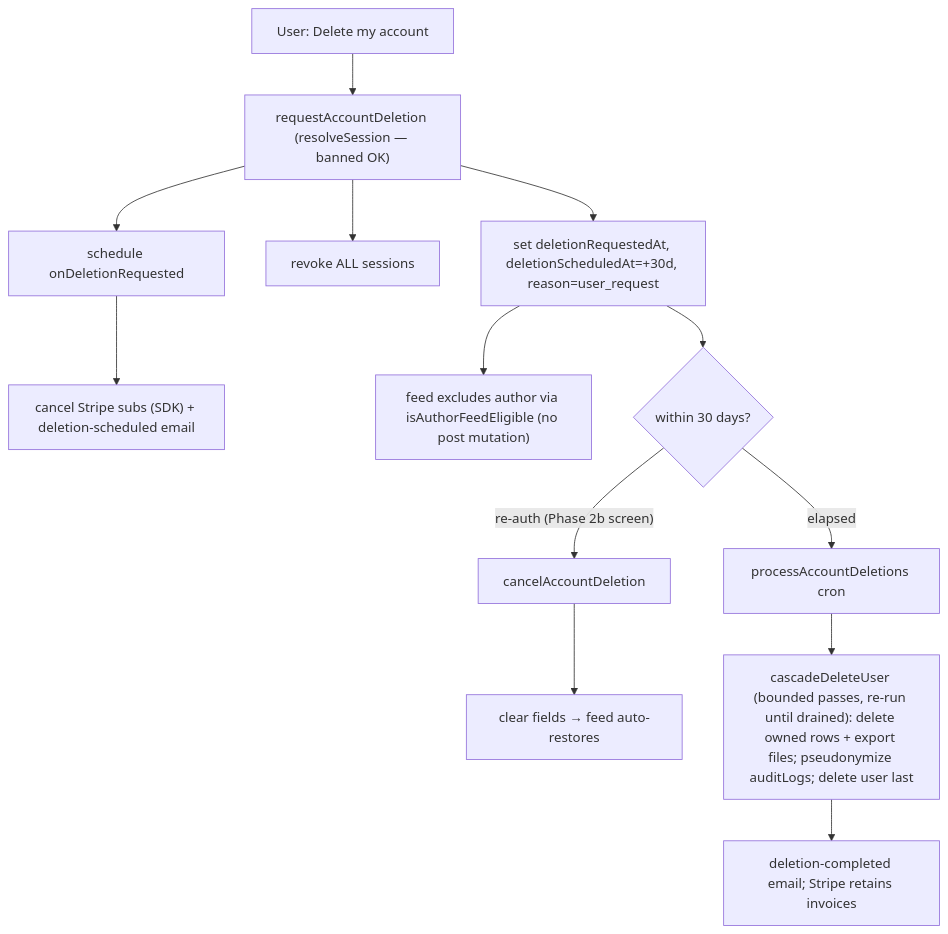
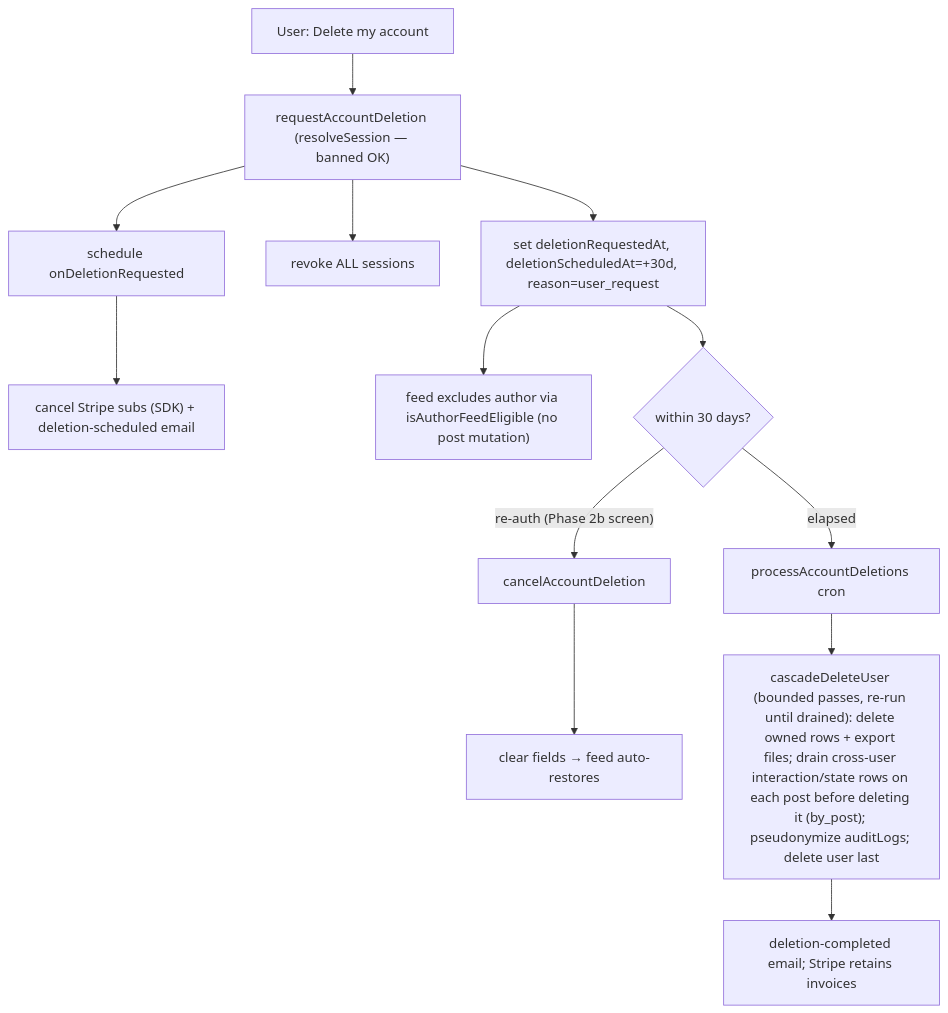
Before and after one commit to henriko202/glowing-octo-guide: diagram 17 of 22 in docs/PLATFORM.md, drawn with Mermaid. The commit also changed other lines of this file and 48 other files, not shown here.

````diff
--- a/docs/PLATFORM.md
+++ b/docs/PLATFORM.md
@@ -2037,15 +2074,15 @@
 ```mermaid
 flowchart TD
     R["User: Delete my account"] --> REQ["requestAccountDeletion (resolveSession — banned OK)"]
     REQ --> S1["set deletionRequestedAt, deletionScheduledAt=+30d, reason=user_request"]
     REQ --> S2["revoke ALL sessions"]
     REQ --> SCH["schedule onDeletionRequested"]
     SCH --> ST["cancel Stripe subs (SDK) + deletion-scheduled email"]
     S1 --> FEED["feed excludes author via isAuthorFeedEligible (no post mutation)"]
     S1 --> GRACE{"within 30 days?"}
     GRACE -->|" re-auth (Phase 2b screen) "| CANCELSCR["cancelAccountDeletion"]
     CANCELSCR --> RESTORE["clear fields → feed auto-restores"]
     GRACE -->|" elapsed "| CRON["processAccountDeletions cron"]
-    CRON --> CASCADE["cascadeDeleteUser (bounded passes, re-run until drained): delete owned rows + export files; pseudonymize auditLogs; delete user last"]
+    CRON --> CASCADE["cascadeDeleteUser (bounded passes, re-run until drained): delete owned rows + export files; drain cross-user interaction/state rows on each post before deleting it (by_post); pseudonymize auditLogs; delete user last"]
     CASCADE --> DONE["deletion-completed email; Stripe retains invoices"]
 ```
````
